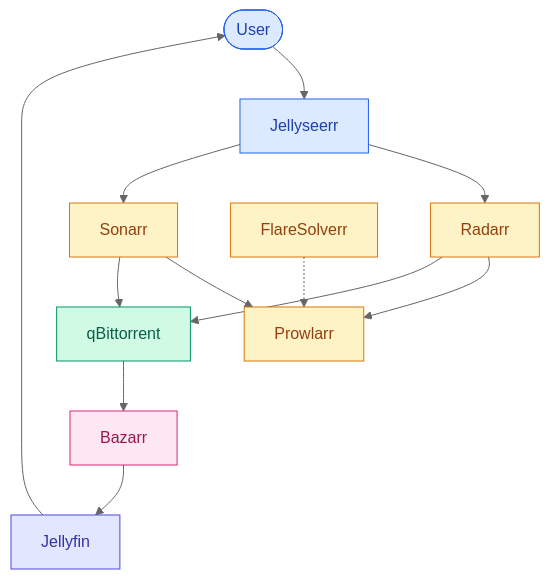
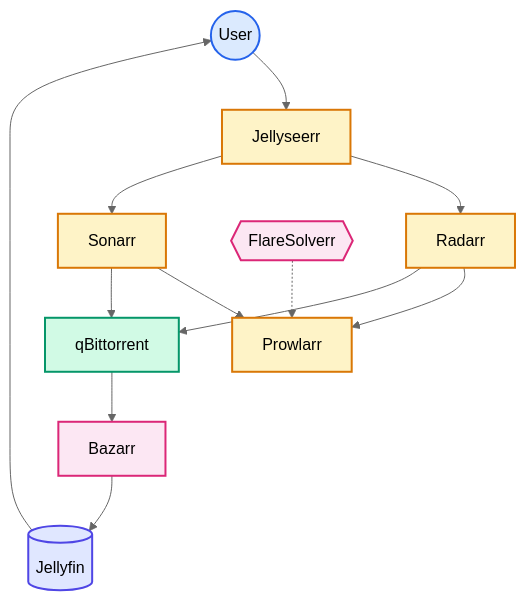
One commit to Mykyta-Home-Server/homeserver changed the second of 4 diagrams in docs-site/src/content/docs/guides/introduction.mdx. Above: the diagram before and after it, drawn with Mermaid (neutral theme). The commit also changed other lines of this file and 2 other files, not shown here.

First line of the commit message:
Refine Mermaid diagrams: compact layouts and remove labels

````diff
--- a/docs-site/src/content/docs/guides/introduction.mdx
+++ b/docs-site/src/content/docs/guides/introduction.mdx
@@ -69,38 +69,35 @@
 ```mermaid
 flowchart TB
-    User([User])
-    Jellyseerr[Jellyseerr]
-    Radarr[Radarr]
+    User@{ shape: circle, label: "User" }
+    Jellyseerr@{ shape: rect, label: "Jellyseerr" }
+    Radarr@{ shape: rect, label: "Radarr" }
 
-    Sonarr[Sonarr]
-    Prowlarr[Prowlarr]
-    qBit[qBittorrent]
+    Sonarr@{ shape: rect, label: "Sonarr" }
+    Prowlarr@{ shape: rect, label: "Prowlarr" }
+    qBit@{ shape: rect, label: "qBittorrent" }
 
-    Flare[FlareSolverr]
-    Bazarr[Bazarr]
-    Jellyfin[Jellyfin]
+    Flare@{ shape: hex, label: "FlareSolverr" }
+    Bazarr@{ shape: rect, label: "Bazarr" }
+    Jellyfin@{ shape: cyl, label: "Jellyfin" }
 
     User --> Jellyseerr
-    Jellyseerr --> Radarr
-    Jellyseerr --> Sonarr
-    Radarr --> Prowlarr
-    Sonarr --> Prowlarr
-    Radarr --> qBit
-    Sonarr --> qBit
+    Jellyseerr --> Radarr & Sonarr
+    Radarr & Sonarr --> Prowlarr
+    Radarr & Sonarr --> qBit
     Flare -.-> Prowlarr
     qBit --> Bazarr
     Bazarr --> Jellyfin
     Jellyfin --> User
 
-    classDef request fill:#dbeafe,stroke:#2563eb,color:#1e40af
-    classDef search fill:#fef3c7,stroke:#d97706,color:#92400e
-    classDef download fill:#d1fae5,stroke:#059669,color:#065f46
-    classDef subtitle fill:#fce7f3,stroke:#db2777,color:#9d174d
-    classDef stream fill:#e0e7ff,stroke:#4f46e5,color:#3730a3
+    classDef userStyle fill:#dbeafe,stroke:#2563eb,stroke-width:2px
+    classDef processStyle fill:#fef3c7,stroke:#d97706,stroke-width:2px
+    classDef downloadStyle fill:#d1fae5,stroke:#059669,stroke-width:2px
+    classDef subtitleStyle fill:#fce7f3,stroke:#db2777,stroke-width:2px
+    classDef streamStyle fill:#e0e7ff,stroke:#4f46e5,stroke-width:2px
 
-    class User,Jellyseerr request
-    class Radarr,Sonarr,Prowlarr,Flare search
-    class qBit download
-    class Bazarr subtitle
-    class Jellyfin stream
+    class User userStyle
+    class Jellyseerr,Radarr,Sonarr,Prowlarr processStyle
+    class qBit downloadStyle
+    class Bazarr,Flare subtitleStyle
+    class Jellyfin streamStyle
 ```
````
